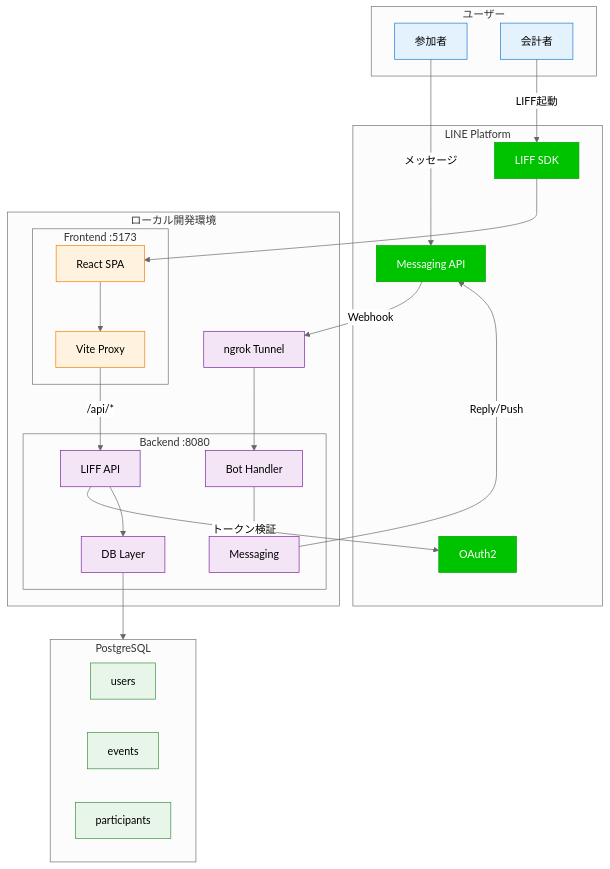
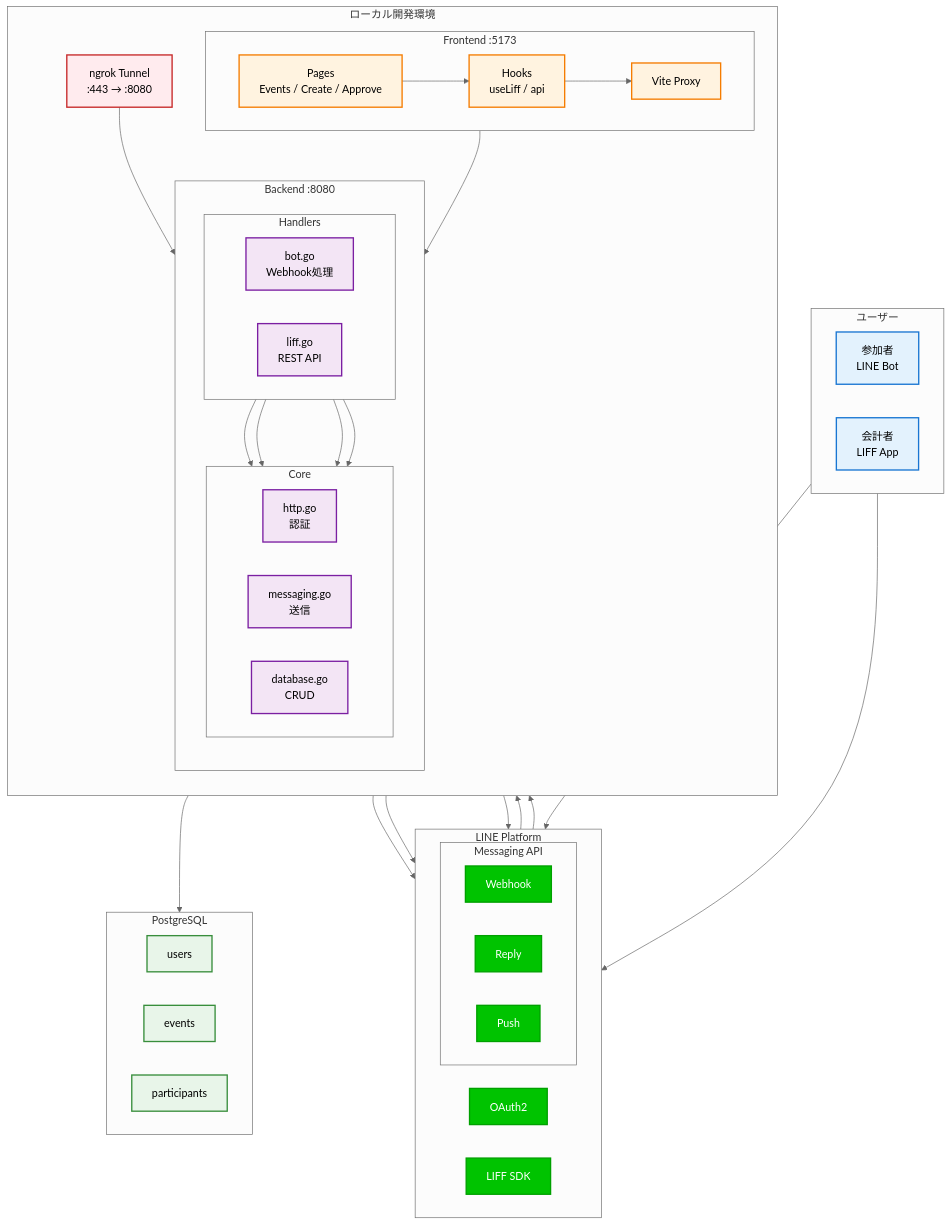
Before and after one commit to crackerky/circle-pay: the first of 4 diagrams in docs/ARCHITECTURE.md, drawn with Mermaid (neutral theme). The commit also changed other lines of this file, not shown here.

Commit message:
Improve architecture diagrams with better flow and more detail
- Add clearer component groupings
- Separate Bot and LIFF data flow paths
- Improve line flow readability (top-to-bottom, left-to-right)
- Add component detail table

````diff
--- a/docs/ARCHITECTURE.md
+++ b/docs/ARCHITECTURE.md
@@ -5,60 +5,99 @@
 ```mermaid
 flowchart TB
+    %% ========== ユーザー ==========
     subgraph Users["ユーザー"]
-        Participant["参加者"]
-        Organizer["会計者"]
+        direction LR
+        Participant["参加者<br/>LINE Bot"]
+        Organizer["会計者<br/>LIFF App"]
     end
 
+    %% ========== LINE Platform ==========
     subgraph LINE["LINE Platform"]
-        MessagingAPI["Messaging API"]
+        direction LR
+        subgraph MsgAPI["Messaging API"]
+            Webhook["Webhook"]
+            Reply["Reply"]
+            Push["Push"]
+        end
         OAuth["OAuth2"]
         LIFF["LIFF SDK"]
     end
 
-    subgraph LocalEnv["ローカル開発環境"]
-        subgraph Frontend["Frontend :5173"]
-            ReactApp["React SPA"]
-            ViteProxy["Vite Proxy"]
+    %% ========== ローカル環境 ==========
+    subgraph Local["ローカル開発環境"]
+        direction TB
+
+        ngrok["ngrok Tunnel<br/>:443 → :8080"]
+
+        subgraph FE["Frontend :5173"]
+            direction LR
+            Pages["Pages<br/>Events / Create / Approve"]
+            Hooks["Hooks<br/>useLiff / api"]
+            Proxy["Vite Proxy"]
         end
 
-        subgraph Backend["Backend :8080"]
-            BotHandler["Bot Handler"]
-            LiffAPI["LIFF API"]
-            Messaging["Messaging"]
-            DBLayer["DB Layer"]
+        subgraph BE["Backend :8080"]
+            direction TB
+            subgraph Handlers["Handlers"]
+                direction LR
+                Bot["bot.go<br/>Webhook処理"]
+                API["liff.go<br/>REST API"]
+            end
+            subgraph Core["Core"]
+                direction LR
+                Auth["http.go<br/>認証"]
+                Msg["messaging.go<br/>送信"]
+                DB["database.go<br/>CRUD"]
+            end
         end
-
-        ngrok["ngrok Tunnel"]
     end
 
+    %% ========== データベース ==========
     subgraph Database["PostgreSQL"]
-        users_t["users"]
-        events_t["events"]
-        participants_t["participants"]
+        direction LR
+        users["users"]
+        events["events"]
+        participants["participants"]
     end
 
-    Participant -->|"メッセージ"| MessagingAPI
-    Organizer -->|"LIFF起動"| LIFF
-    MessagingAPI -->|"Webhook"| ngrok
-    ngrok --> BotHandler
-    LIFF --> ReactApp
-    ReactApp --> ViteProxy
-    ViteProxy -->|"/api/*"| LiffAPI
-    LiffAPI -->|"トークン検証"| OAuth
-    BotHandler --> Messaging
-    LiffAPI --> DBLayer
-    Messaging -->|"Reply/Push"| MessagingAPI
-    DBLayer --> Database
+    %% ========== 接続（上から下へ流れる） ==========
 
-    classDef user fill:#e3f2fd,stroke:#1976d2
-    classDef line fill:#00c300,stroke:#00a000,color:#fff
-    classDef frontend fill:#fff3e0,stroke:#f57c00
-    classDef backend fill:#f3e5f5,stroke:#7b1fa2
-    classDef db fill:#e8f5e9,stroke:#388e3c
+    %% ユーザー → LINE
+    Participant --> Webhook
+    Organizer --> LIFF
+
+    %% LINE → ローカル（Bot経路）
+    Webhook --> ngrok
+    ngrok --> Bot
+    Bot --> Msg
+    Msg --> Reply
+    Msg --> Push
+
+    %% LINE → ローカル（LIFF経路）
+    LIFF --> Pages
+    Pages --> Hooks
+    Hooks --> Proxy
+    Proxy --> API
+    API --> Auth
+    Auth --> OAuth
+
+    %% Backend → Database
+    API --> DB
+    Bot --> DB
+    DB --> Database
+
+    %% ========== スタイル ==========
+    classDef user fill:#e3f2fd,stroke:#1976d2,stroke-width:2px
+    classDef line fill:#00c300,stroke:#00a000,color:#fff,stroke-width:2px
+    classDef tunnel fill:#ffebee,stroke:#c62828,stroke-width:2px
+    classDef fe fill:#fff3e0,stroke:#f57c00,stroke-width:2px
+    classDef be fill:#f3e5f5,stroke:#7b1fa2,stroke-width:2px
+    classDef db fill:#e8f5e9,stroke:#388e3c,stroke-width:2px
 
     class Participant,Organizer user
-    class MessagingAPI,OAuth,LIFF line
-    class ReactApp,ViteProxy frontend
-    class BotHandler,LiffAPI,Messaging,DBLayer,ngrok backend
-    class users_t,events_t,participants_t db
+    class Webhook,Reply,Push,OAuth,LIFF line
+    class ngrok tunnel
+    class Pages,Hooks,Proxy fe
+    class Bot,API,Auth,Msg,DB be
+    class users,events,participants db
 ```
````
